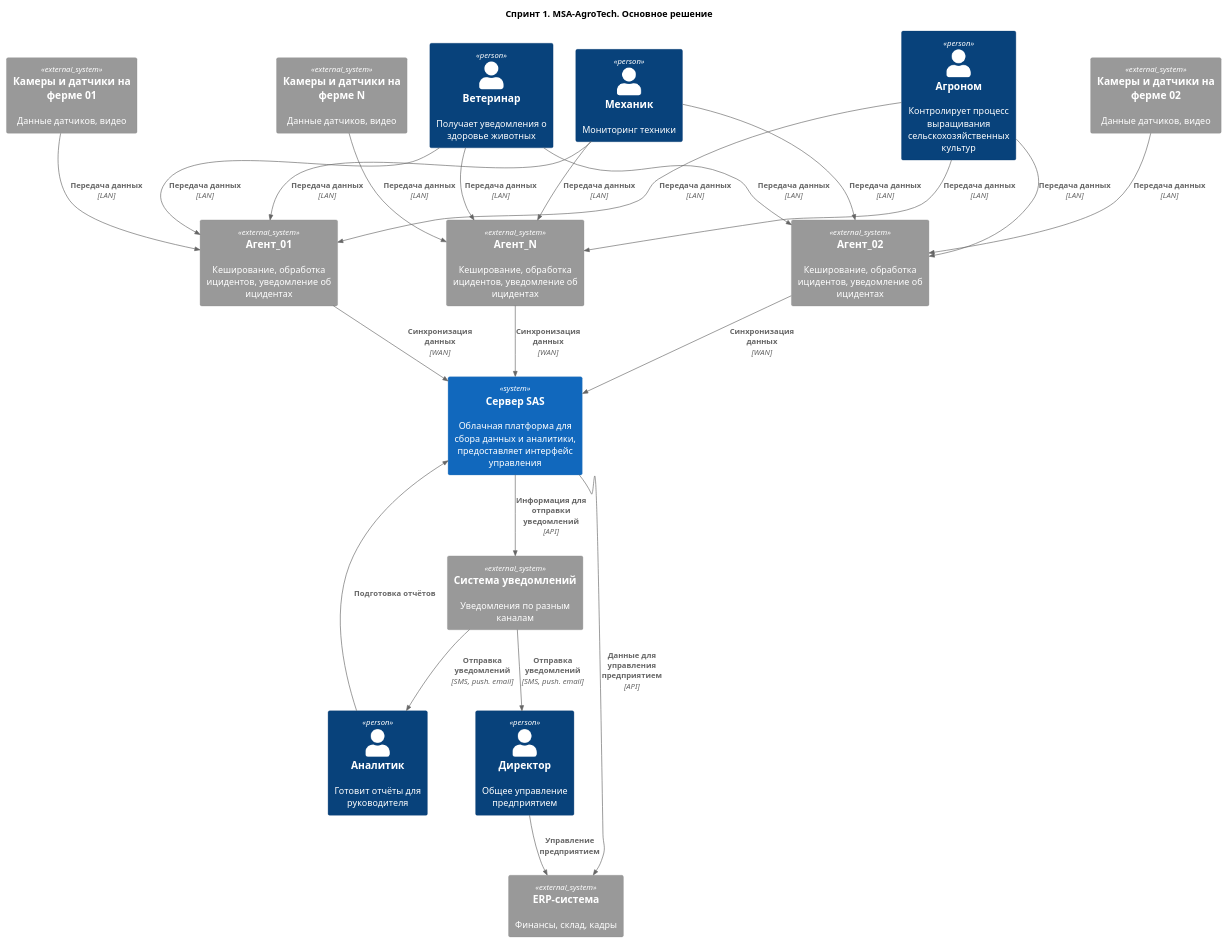
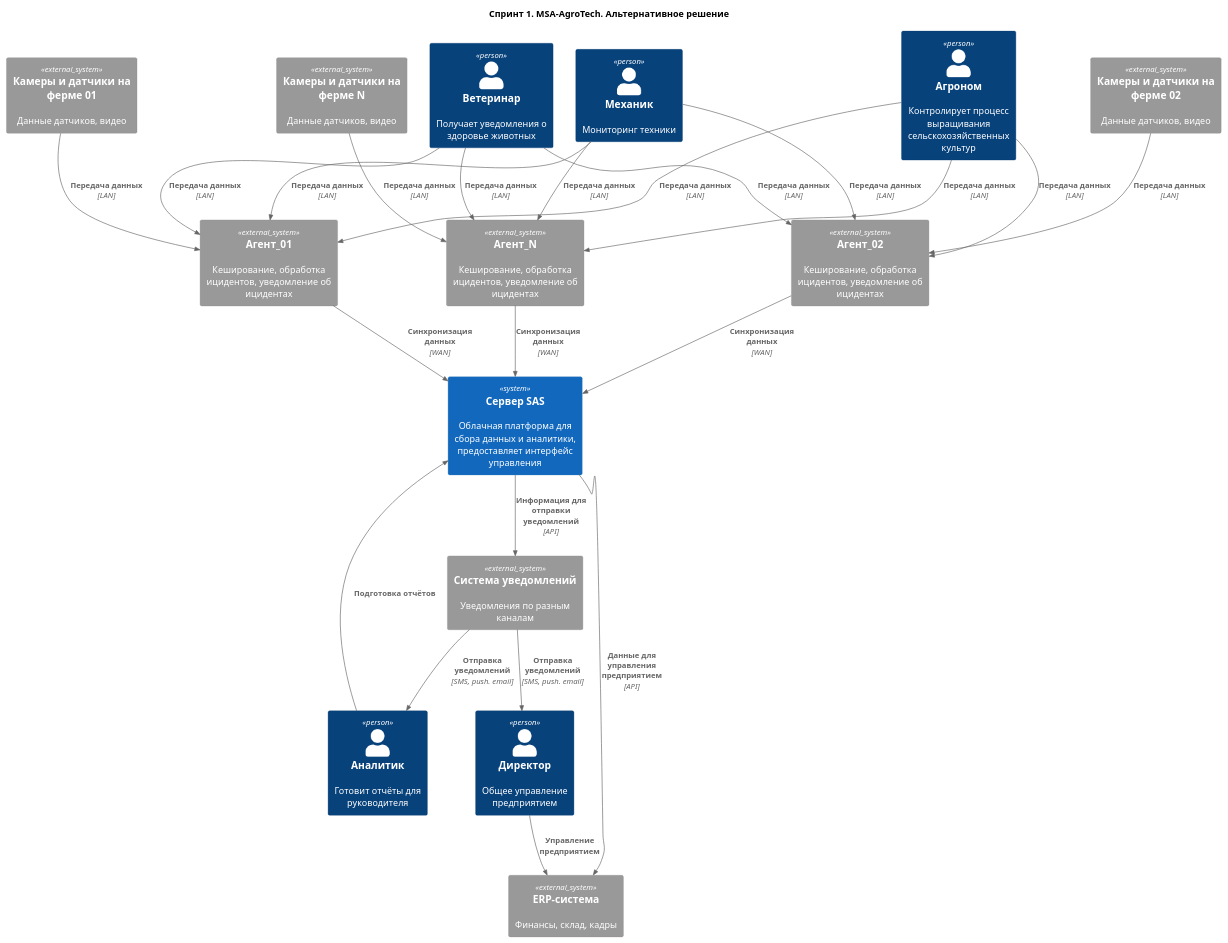
One commit to EtGr84/MSA-AgroTech changed the diagram in Task1/c1alt.puml. Above: the diagram before and after it, drawn with PlantUML.

```diff
--- a/Task1/c1alt.puml
+++ b/Task1/c1alt.puml
@@ -1,53 +1,53 @@
 @startuml 
 
 !include <C4/C4_Context>
 
-title Спринт 1. MSA-AgroTech. Основное решение
+title Спринт 1. MSA-AgroTech. Альтернативное решение
 
 Person(mech, "Механик", "Мониторинг техники")
 Person(vet, "Ветеринар", "Получает уведомления о здоровье животных")
 Person(agro, "Агроном", "Контролирует процесс выращивания сельскохозяйственных культур")
 Person(analit, "Аналитик", "Готовит отчёты для руководителя")
 Person(director, "Директор", "Общее управление предприятием")
 
 System_Ext(farmAgent_1, "Агент_01", "Кеширование, обработка ицидентов, уведомление об ицидентах")
 System_Ext(farmAgent_2, "Агент_02", "Кеширование, обработка ицидентов, уведомление об ицидентах")
 System_Ext(farmAgent_N, "Агент_N", "Кеширование, обработка ицидентов, уведомление об ицидентах")
 System_Ext(cameras_1, "Камеры и датчики на ферме 01", "Данные датчиков, видео")
 System_Ext(cameras_2, "Камеры и датчики на ферме 02", "Данные датчиков, видео")
 System_Ext(cameras_N, "Камеры и датчики на ферме N", "Данные датчиков, видео")
 System(sas, "Сервер SAS", "Облачная платформа для сбора данных и аналитики, предоставляет интерфейс управления")
 System_Ext(notify, "Система уведомлений", "Уведомления по разным каналам")
 System_Ext(erp, "ERP-система", "Финансы, склад, кадры")
 'System_Ext(bi, "BI-система", "Подготовка очетов")
 
 
 Rel(cameras_1, farmAgent_1, "Передача данных", LAN)
 Rel(cameras_2, farmAgent_2, "Передача данных", LAN)
 Rel(cameras_N, farmAgent_N, "Передача данных", LAN)
 
 Rel(mech, farmAgent_1, "Передача данных", LAN)
 Rel(mech, farmAgent_2, "Передача данных", LAN)
 Rel(mech, farmAgent_N, "Передача данных", LAN)
 
 Rel(vet, farmAgent_1, "Передача данных", LAN)
 Rel(vet, farmAgent_2, "Передача данных", LAN)
 Rel(vet, farmAgent_N, "Передача данных", LAN)
 
 Rel(agro, farmAgent_1, "Передача данных", LAN)
 Rel(agro, farmAgent_2, "Передача данных", LAN)
 Rel(agro, farmAgent_N, "Передача данных", LAN)
 
 Rel(farmAgent_1, sas, "Синхронизация данных", WAN)
 Rel(farmAgent_2, sas, "Синхронизация данных", WAN)
 Rel(farmAgent_N, sas, "Синхронизация данных", WAN)
 
 Rel(sas, notify, "Информация для отправки уведомлений", "API")
 Rel(sas, erp, "Данные для управления предприятием", API)
 
 Rel(notify, director, "Отправка уведомлений", "SMS, push. email")
 Rel(notify, analit, "Отправка уведомлений", "SMS, push. email")
 Rel(director, erp, "Управление предприятием")
 Rel(analit, sas, "Подготовка отчётов")
 
 @enduml
```
